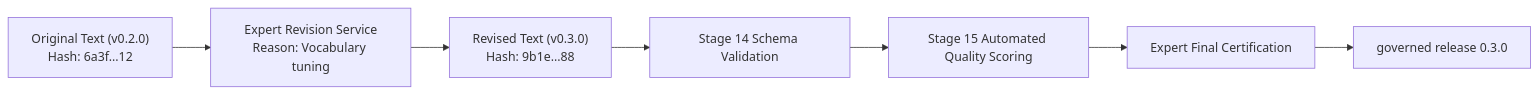
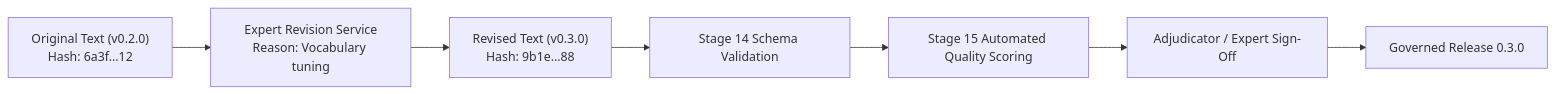
One commit to LasinduDeshan/Language_Simplification_MVP changed the second of 3 diagrams in docs/stage27_implementation_plan.md. Above: the diagram before and after it, drawn with Mermaid. The commit also changed other lines of this file, not shown here.

````diff
--- a/docs/stage27_implementation_plan.md
+++ b/docs/stage27_implementation_plan.md
@@ -270,9 +347,9 @@
 ```mermaid
 flowchart LR
     Orig["Original Text (v0.2.0)<br/>Hash: 6a3f...12"] --> Edit["Expert Revision Service<br/>Reason: Vocabulary tuning"]
     Edit --> Rev["Revised Text (v0.3.0)<br/>Hash: 9b1e...88"]
     Rev --> Val1["Stage 14 Schema Validation"]
     Val1 --> Val2["Stage 15 Automated Quality Scoring"]
-    Val2 --> FinalReview["Expert Final Certification"]
-    FinalReview --> Catalog["governed release 0.3.0"]
+    Val2 --> FinalReview["Adjudicator / Expert Sign-Off"]
+    FinalReview --> Catalog["Governed Release 0.3.0"]
 ```
````
